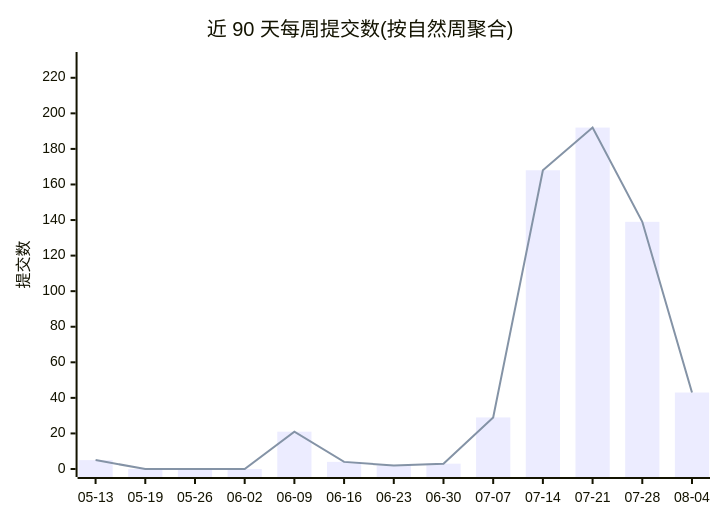
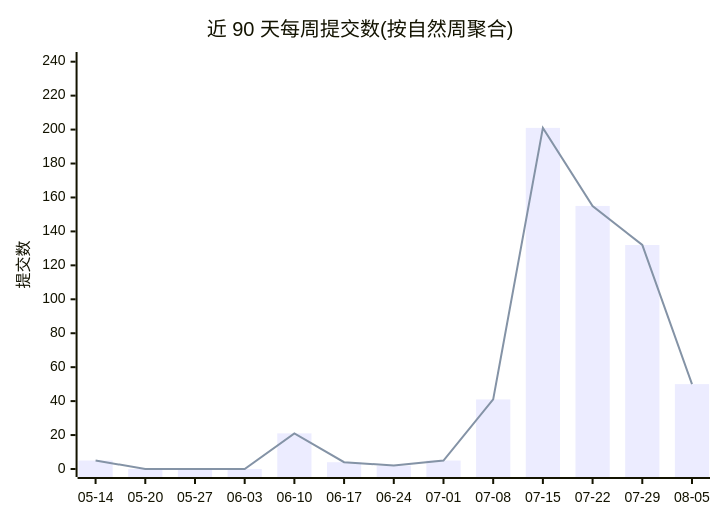
Before and after one commit to Conflux-Union/.github: the first of 2 diagrams in profile/README.md, drawn with Mermaid. The commit also changed other lines of this file and 1 other file, not shown here.

````diff
--- a/profile/README.md
+++ b/profile/README.md
@@ -44,8 +44,8 @@
 ```mermaid
 xychart-beta
     title "近 90 天每周提交数(按自然周聚合)"
-    x-axis ["05-13", "05-19", "05-26", "06-02", "06-09", "06-16", "06-23", "06-30", "07-07", "07-14", "07-21", "07-28", "08-04"]
-    y-axis "提交数" 0 --> 230
-    bar [5, 0, 0, 0, 21, 4, 2, 3, 29, 168, 192, 139, 43]
-    line [5, 0, 0, 0, 21, 4, 2, 3, 29, 168, 192, 139, 43]
+    x-axis ["05-14", "05-20", "05-27", "06-03", "06-10", "06-17", "06-24", "07-01", "07-08", "07-15", "07-22", "07-29", "08-05"]
+    y-axis "提交数" 0 --> 241
+    bar [5, 0, 0, 0, 21, 4, 2, 5, 41, 201, 155, 132, 50]
+    line [5, 0, 0, 0, 21, 4, 2, 5, 41, 201, 155, 132, 50]
 ```
````
